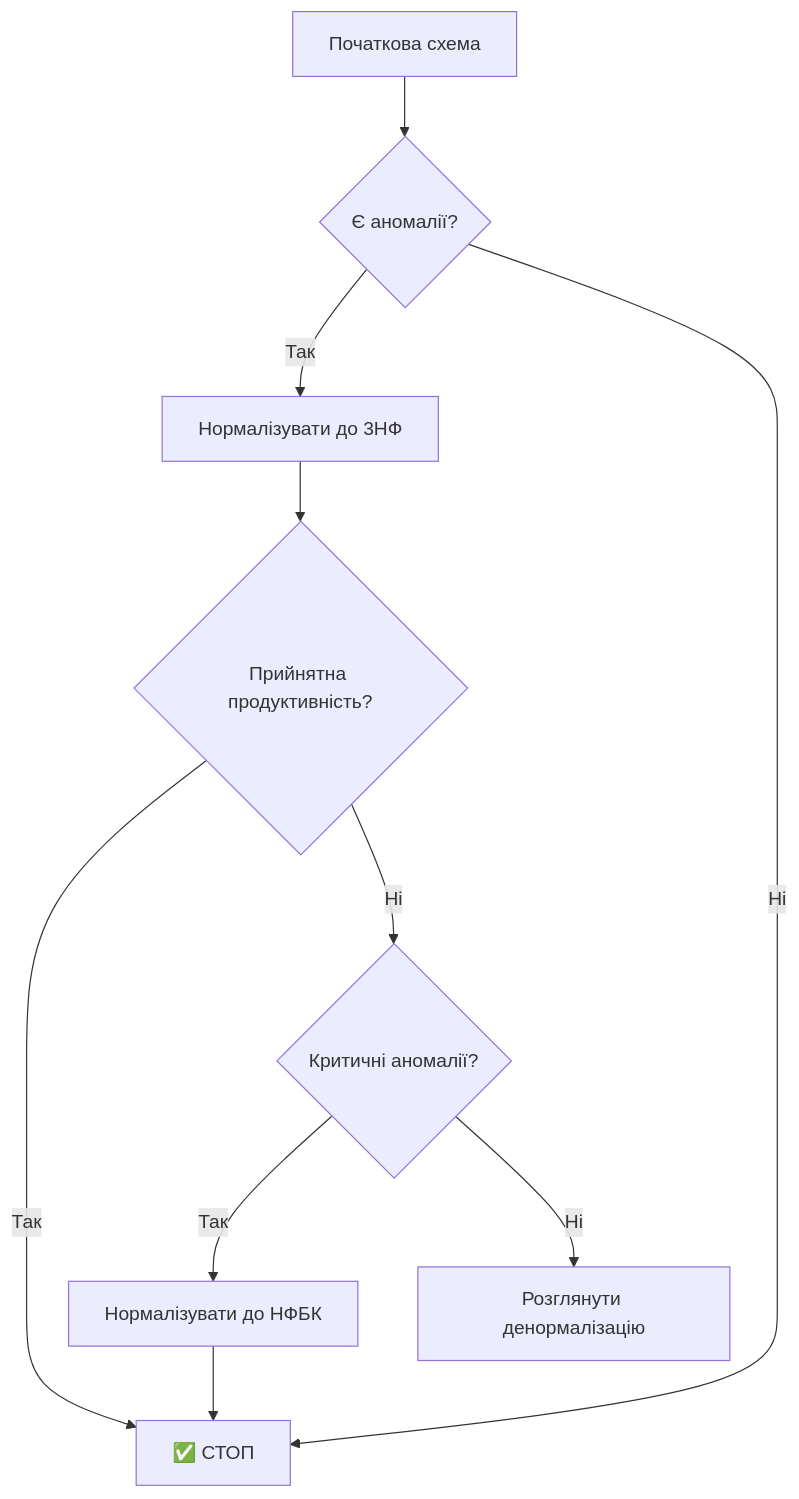
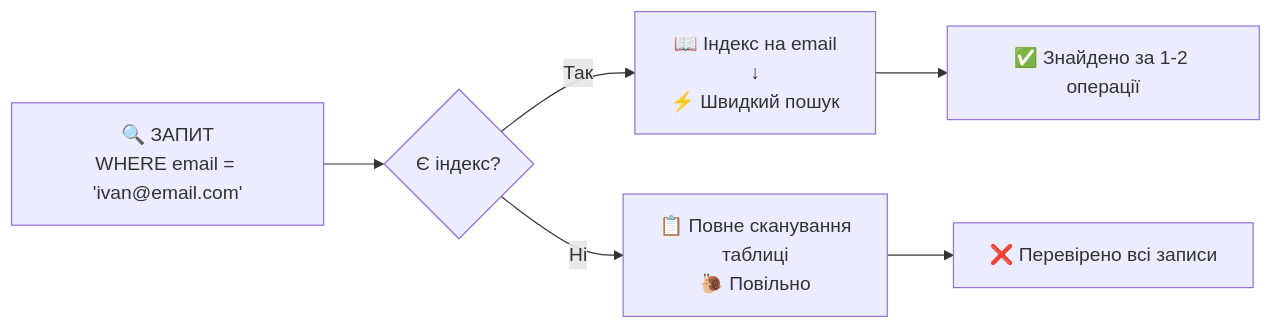
Before and after one commit to olroi421/course-bd: the eighth of 10 diagrams in presentations/presentation-06.md, drawn with Mermaid. The commit also changed other lines of this file and 12 other files, not shown here.

````diff
--- a/presentations/presentation-06.md
+++ b/presentations/presentation-06.md
@@ -589,12 +486,9 @@
 ```mermaid
-graph TD
-    A[Початкова схема] --> B{Є аномалії?}
-    B -->|Так| C[Нормалізувати до 3НФ]
-    C --> D{Прийнятна продуктивність?}
-    D -->|Так| E[✅ СТОП]
-    D -->|Ні| F{Критичні аномалії?}
-    F -->|Так| G[Нормалізувати до НФБК]
-    F -->|Ні| H[Розглянути денормалізацію]
-    B -->|Ні| E
-    G --> E
+graph LR
+    A[🔍 ЗАПИТ<br/>WHERE email = 'ivan@email.com'] --> B{Є індекс?}
+    B -->|Так| C[📖 Індекс на email<br/>↓<br/>⚡ Швидкий пошук]
+    B -->|Ні| D[📋 Повне сканування<br/>таблиці<br/>🐌 Повільно]
+
+    C --> E[✅ Знайдено за 1-2 операції]
+    D --> F[❌ Перевірено всі записи]
 ```
````
